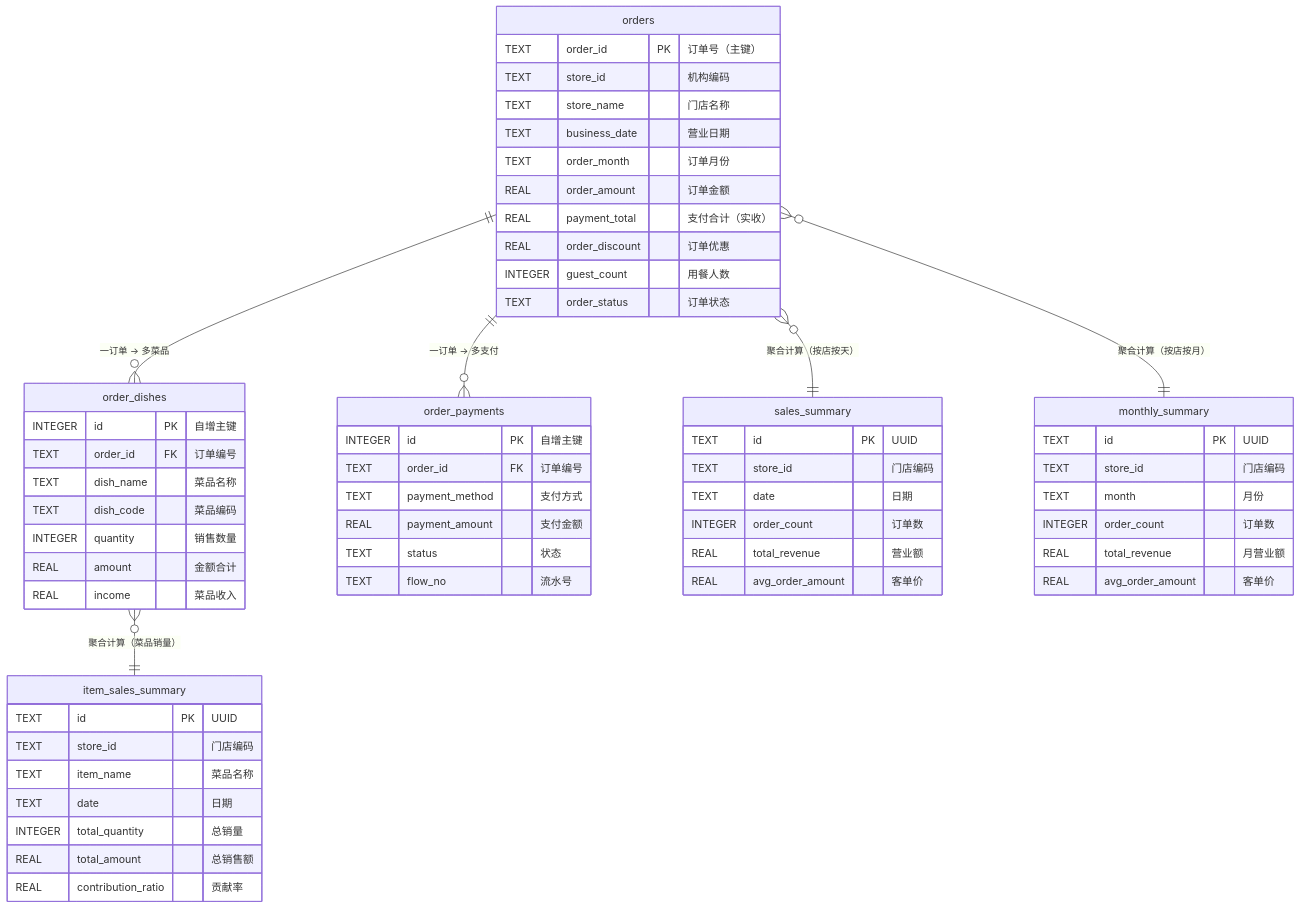
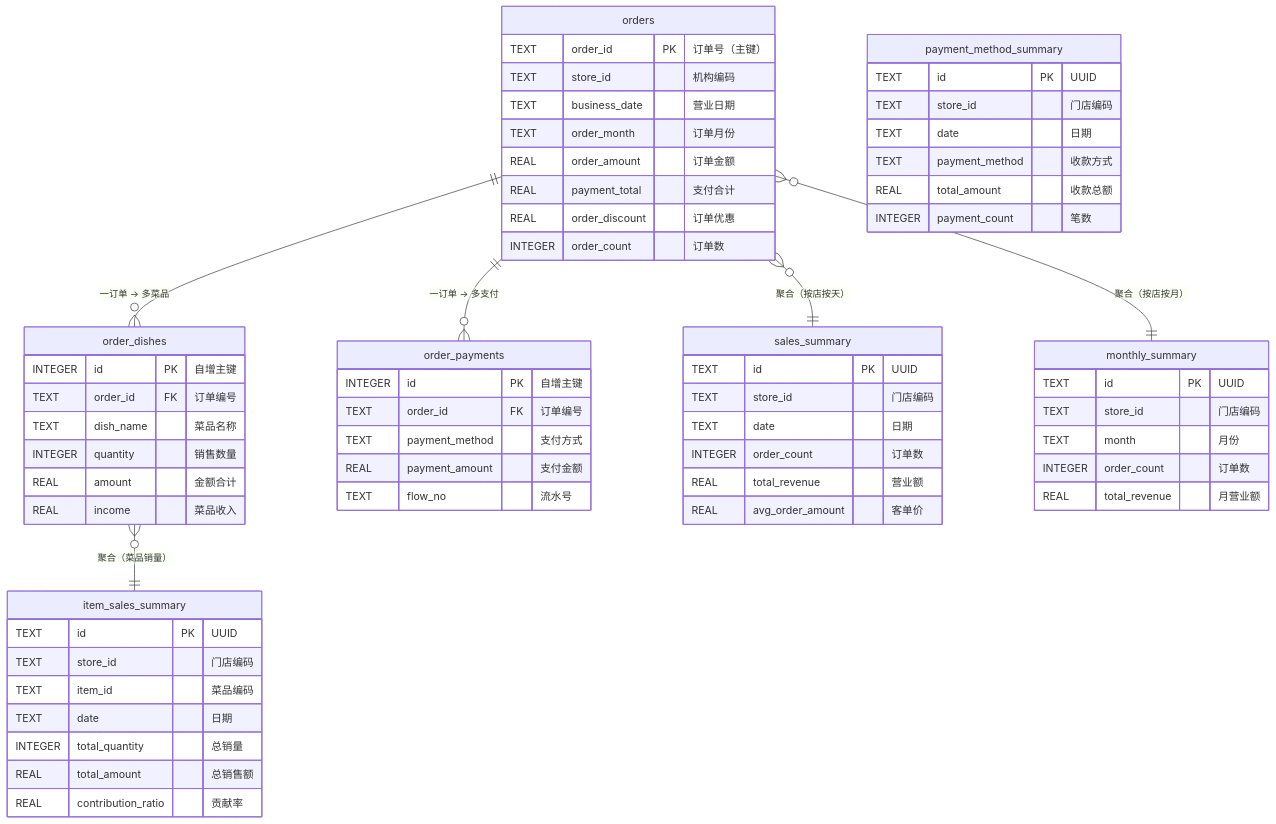
One commit to ZXCSDFSSD/meituan changed the diagram in QUICK_START.md. Above: the diagram before and after it, drawn with Mermaid. The commit also changed other lines of this file and 22 other files, not shown here.

````diff
--- a/QUICK_START.md
+++ b/QUICK_START.md
@@ -173,68 +160,72 @@
 ```mermaid
 erDiagram
     orders {
         TEXT order_id PK "订单号（主键）"
         TEXT store_id "机构编码"
-        TEXT store_name "门店名称"
         TEXT business_date "营业日期"
         TEXT order_month "订单月份"
         REAL order_amount "订单金额"
-        REAL payment_total "支付合计（实收）"
+        REAL payment_total "支付合计"
         REAL order_discount "订单优惠"
-        INTEGER guest_count "用餐人数"
-        TEXT order_status "订单状态"
+        INTEGER order_count "订单数"
     }
 
     order_dishes {
         INTEGER id PK "自增主键"
         TEXT order_id FK "订单编号"
         TEXT dish_name "菜品名称"
-        TEXT dish_code "菜品编码"
         INTEGER quantity "销售数量"
         REAL amount "金额合计"
         REAL income "菜品收入"
     }
 
     order_payments {
         INTEGER id PK "自增主键"
         TEXT order_id FK "订单编号"
         TEXT payment_method "支付方式"
         REAL payment_amount "支付金额"
-        TEXT status "状态"
         TEXT flow_no "流水号"
     }
 
     sales_summary {
         TEXT id PK "UUID"
         TEXT store_id "门店编码"
         TEXT date "日期"
         INTEGER order_count "订单数"
         REAL total_revenue "营业额"
         REAL avg_order_amount "客单价"
     }
 
     monthly_summary {
         TEXT id PK "UUID"
         TEXT store_id "门店编码"
         TEXT month "月份"
         INTEGER order_count "订单数"
         REAL total_revenue "月营业额"
-        REAL avg_order_amount "客单价"
     }
 
     item_sales_summary {
         TEXT id PK "UUID"
         TEXT store_id "门店编码"
-        TEXT item_name "菜品名称"
+        TEXT item_id "菜品编码"
         TEXT date "日期"
         INTEGER total_quantity "总销量"
         REAL total_amount "总销售额"
         REAL contribution_ratio "贡献率"
     }
 
+    payment_method_summary {
+        TEXT id PK "UUID"
+        TEXT store_id "门店编码"
+        TEXT date "日期"
+        TEXT payment_method "收款方式"
+        REAL total_amount "收款总额"
+        INTEGER payment_count "笔数"
+    }
+
     orders ||--o{ order_dishes : "一订单 → 多菜品"
     orders ||--o{ order_payments : "一订单 → 多支付"
-    orders }o--|| sales_summary : "聚合计算（按店按天）"
-    orders }o--|| monthly_summary : "聚合计算（按店按月）"
-    order_dishes }o--|| item_sales_summary : "聚合计算（菜品销量）"
+    orders }o--|| sales_summary : "聚合（按店按天）"
+    orders }o--|| monthly_summary : "聚合（按店按月）"
+    order_dishes }o--|| item_sales_summary : "聚合（菜品销量）"
 ```
````
